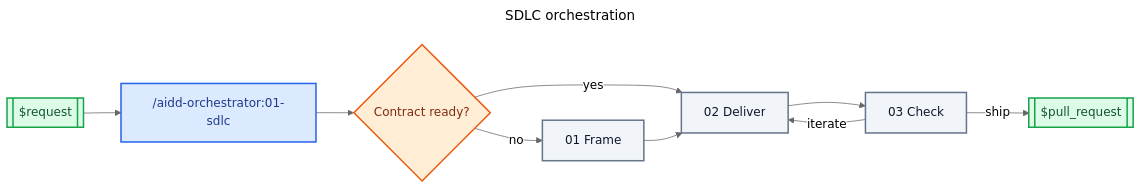
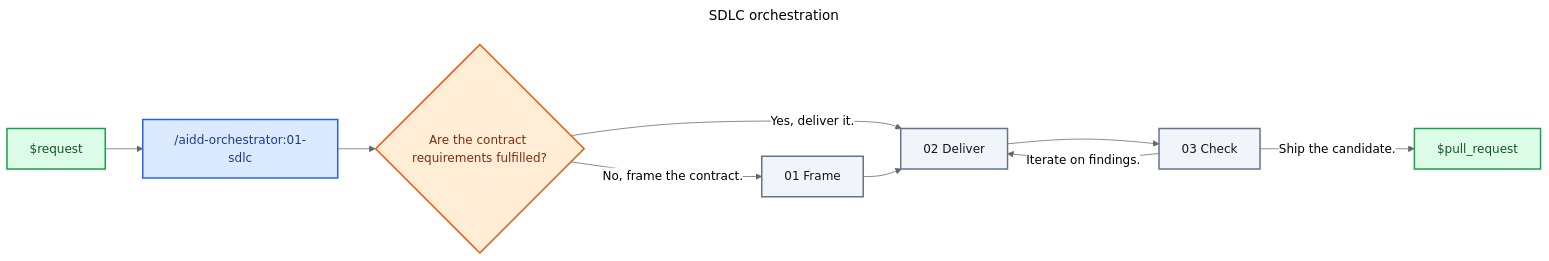
Before and after one commit to ai-driven-dev/aidd-framework: the diagram in plugins/aidd-orchestrator/skills/01-sdlc/SKILL.md, drawn with Mermaid (neutral theme). The commit also changed 3 other files, not shown here.

Commit message:
refactor(orchestrator): clarify SDLC diagram labels

````diff
--- a/plugins/aidd-orchestrator/skills/01-sdlc/SKILL.md
+++ b/plugins/aidd-orchestrator/skills/01-sdlc/SKILL.md
@@ -8,32 +8,32 @@
 ```mermaid
 ---
 title: SDLC orchestration
 ---
 flowchart LR
-  Request[["$request"]]
+  Request["$request"]
   Sdlc["/aidd-orchestrator:01-sdlc"]
-  Ready{"Contract ready?"}
+  Ready{"Are the contract requirements fulfilled?"}
   Frame["01 Frame"]
   Deliver["02 Deliver"]
   Check["03 Check"]
-  PullRequest[["$pull_request"]]
+  PullRequest["$pull_request"]
 
   Request --> Sdlc
   Sdlc --> Ready
-  Ready -- "no" --> Frame
-  Ready -- "yes" --> Deliver
+  Ready -- "No, frame the contract." --> Frame
+  Ready -- "Yes, deliver it." --> Deliver
   Frame --> Deliver
   Deliver --> Check
-  Check -- "iterate" --> Deliver
-  Check -- "ship" --> PullRequest
+  Check -- "Iterate on findings." --> Deliver
+  Check -- "Ship the candidate." --> PullRequest
 
   classDef skill fill:#DBEAFE,stroke:#2563EB,color:#1E3A8A,stroke-width:2px
   classDef artifact fill:#DCFCE7,stroke:#16A34A,color:#14532D,stroke-width:2px
   classDef decision fill:#FFEDD5,stroke:#EA580C,color:#7C2D12,stroke-width:2px
   classDef zone fill:#F1F5F9,stroke:#64748B,color:#0F172A,stroke-width:2px
 
   class Sdlc skill
   class Request,PullRequest artifact
   class Ready decision
   class Frame,Deliver,Check zone
 ```
````
